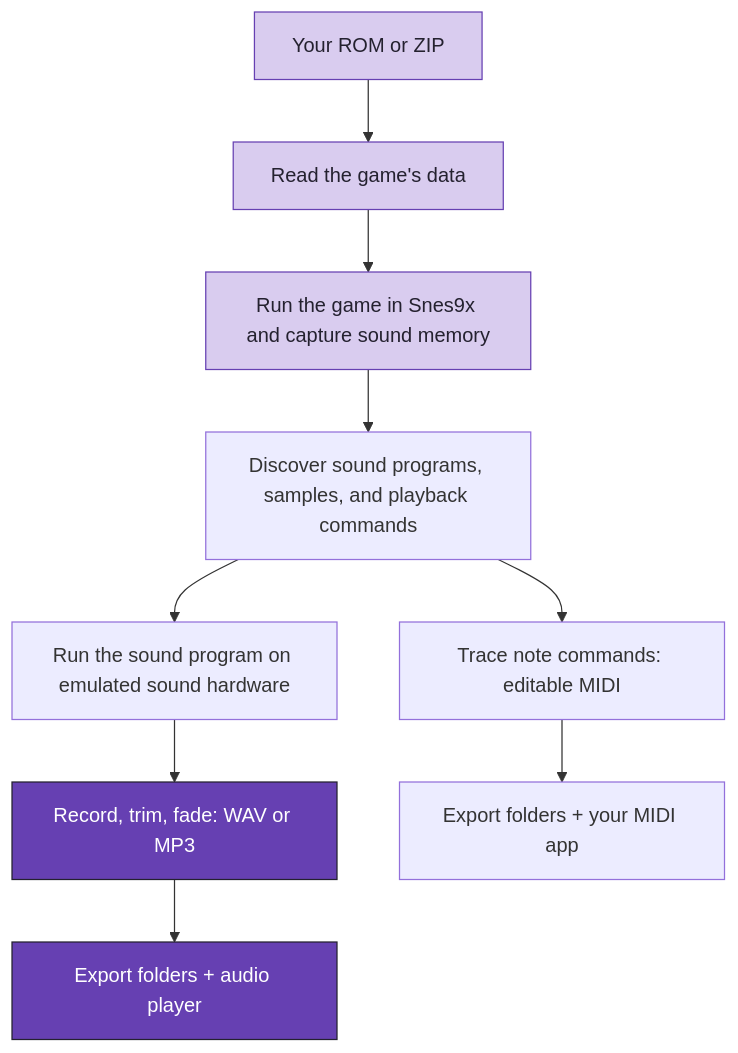
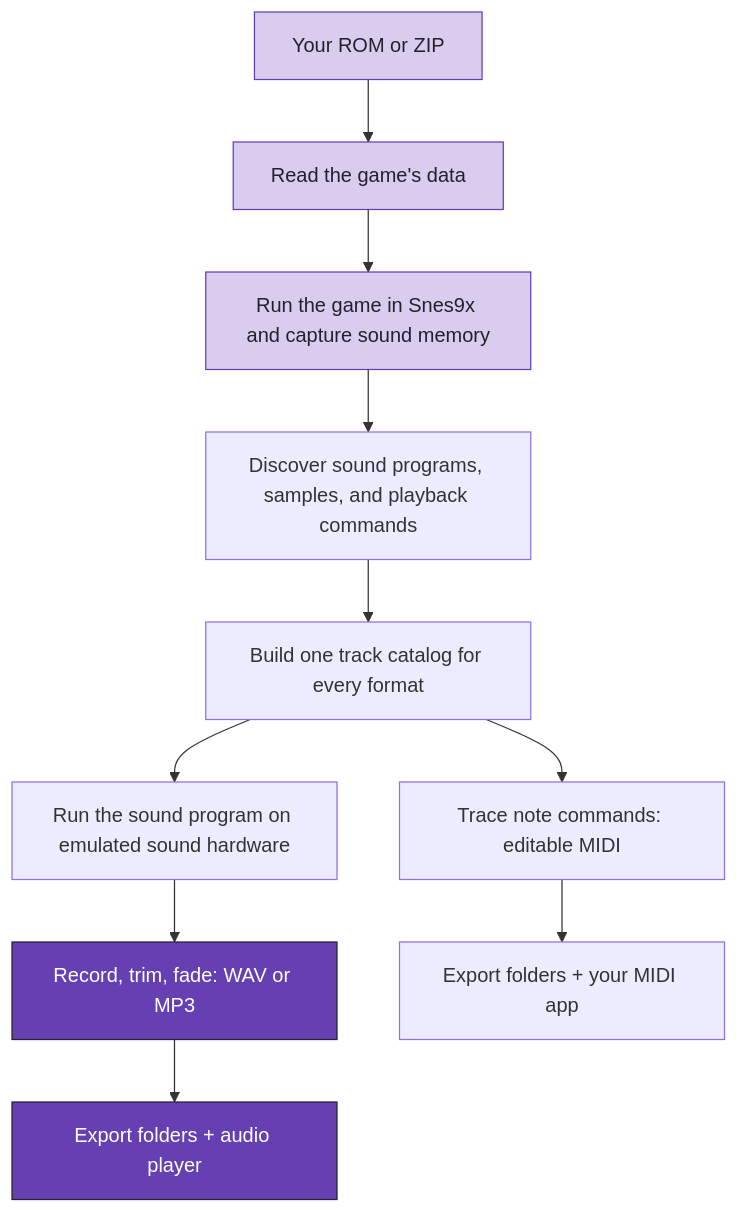
The diagram in README.md (punchbrotv/snes-audio-ripper-macos), drawn with Mermaid before and after one commit. The commit also changed other lines of this file and 15 other files, not shown here.

````diff
--- a/README.md
+++ b/README.md
@@ -78,15 +78,16 @@
 ```mermaid
 flowchart TD
     A["Your ROM or ZIP"] --> B["Read the game's data"]
     B --> C["Run the game in Snes9x and capture sound memory"]
     C --> D["Discover sound programs, samples, and playback commands"]
-    D --> E["Run the sound program on emulated sound hardware"]
+    D --> K["Build one track catalog for every format"]
+    K --> E["Run the sound program on emulated sound hardware"]
     E --> F["Record, trim, fade: WAV or MP3"]
-    D --> M["Trace note commands: editable MIDI"]
+    K --> M["Trace note commands: editable MIDI"]
     F --> G["Export folders + audio player"]
     M --> H["Export folders + your MIDI app"]
     classDef input fill:#d9ccef,stroke:#6640b2,color:#24212f
     classDef output fill:#6640b2,stroke:#24212f,color:#fff
     class A,B,C input
     class F,G output
 ```
````
